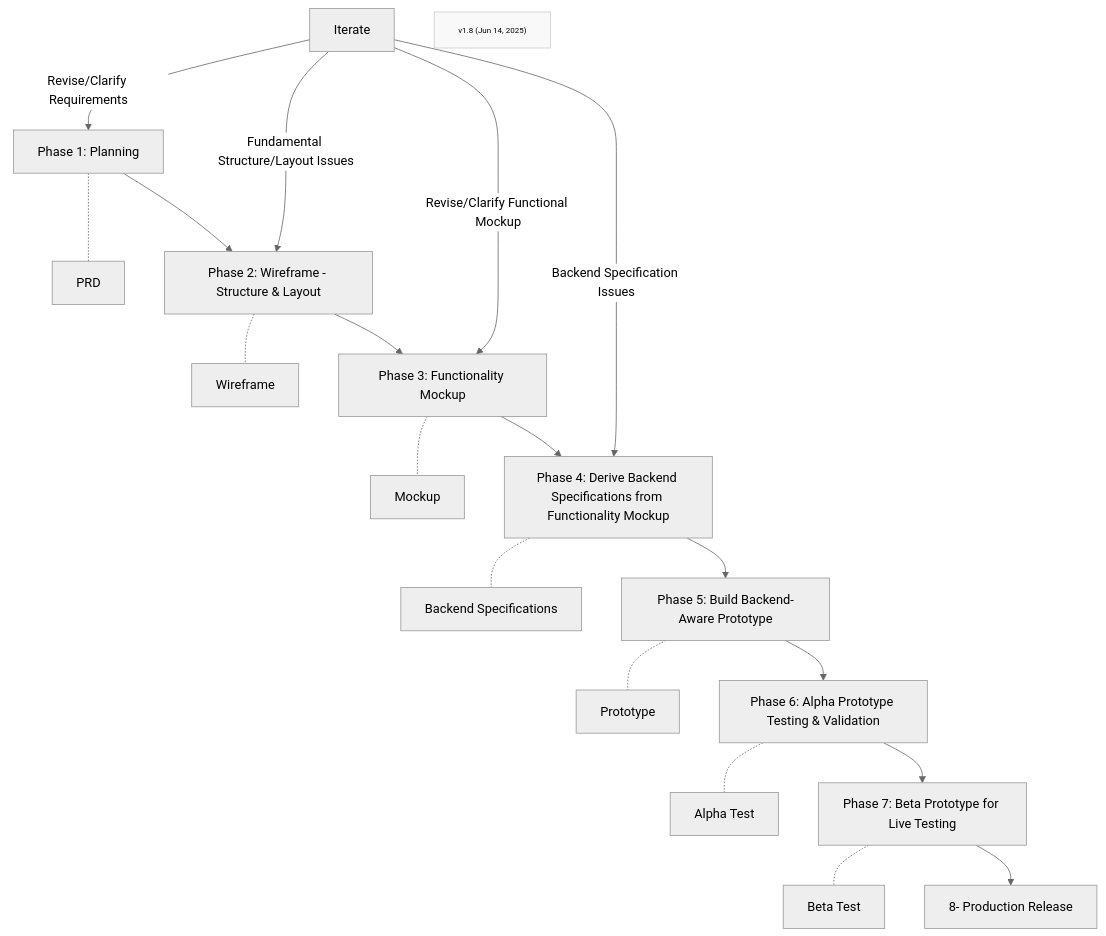
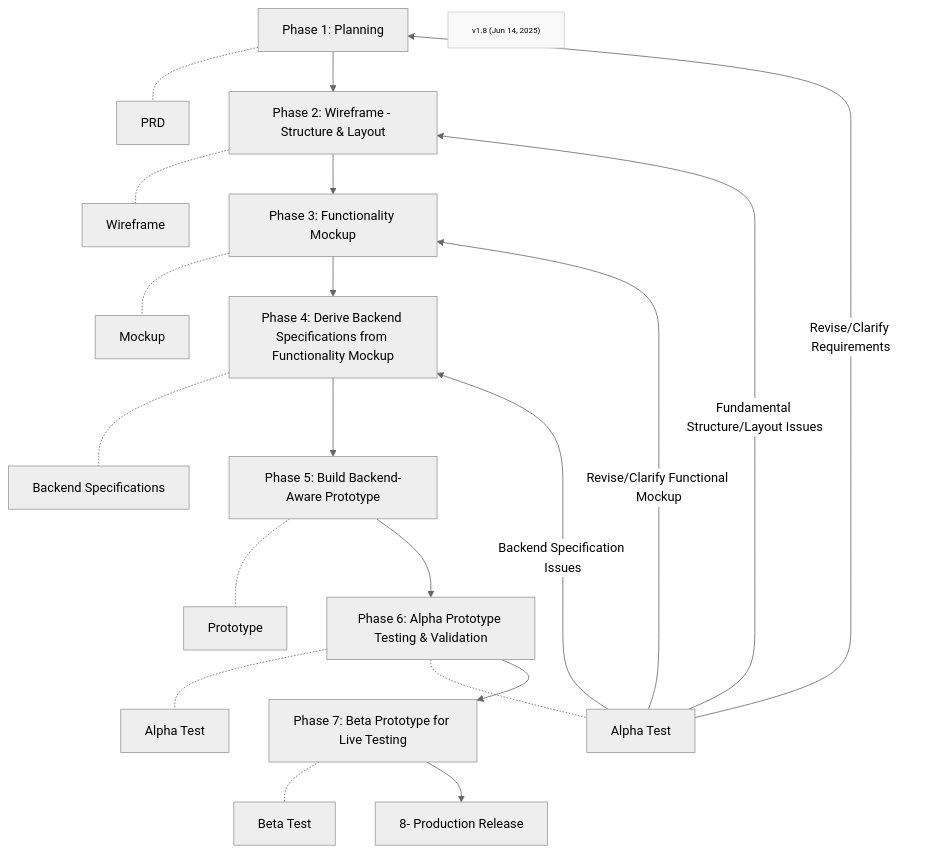
The first of 2 diagrams in Phases/FF-overview.md (Mharbulous/Front-First-Method), drawn with Mermaid (neutral theme) before and after one commit.

````diff
--- a/Phases/FF-overview.md
+++ b/Phases/FF-overview.md
@@ -1,28 +1,30 @@
 ```mermaid
 graph TD
     
     Phase1["Phase 1: Planning"] -.- PRD["PRD"]
     Phase1 --> Phase2["Phase 2: Wireframe - Structure & Layout"]
     Phase2 -.- Wireframe["Wireframe"]
     Phase2 --> Phase3["Phase 3: Functionality Mockup"]
     Phase3 -.- Mockup["Mockup"]
     Phase3 --> Phase4["Phase 4: Derive Backend Specifications from Functionality Mockup"]
     Phase4 -.- Specs["Backend Specifications"]
     Phase4 --> Phase5["Phase 5: Build Backend-Aware Prototype"]
     Phase5 -.- Prototype["Prototype"]
     Phase5 --> Phase6["Phase 6: Alpha Prototype Testing & Validation"]
     Phase6 -.- Alpha["Alpha Test"]
+    Phase6 -.- Iterate["Alpha Test"]
+
     Phase6 --> Phase7["Phase 7: Beta Prototype for Live Testing"]    
     Phase7 -.- Beta["Beta Test"]  
     Phase7 --> Production["8- Production Release"]
 
     
     Iterate -->|Revise/Clarify Requirements| Phase1
     Iterate -->|Fundamental Structure/Layout Issues| Phase2
     Iterate -->|Revise/Clarify Functional Mockup| Phase3
     Iterate -->|Backend Specification Issues| Phase4       
 
     VersionInfo["v1.8 (Jun 14, 2025)"]
     classDef version fill:#f9f9f9,stroke:#ccc,font-size:10px;
     class VersionInfo version
 ```
````
